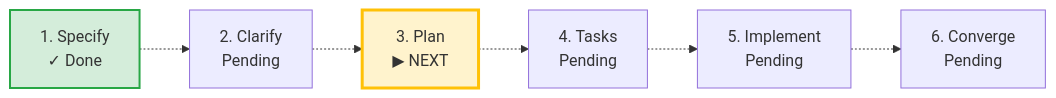
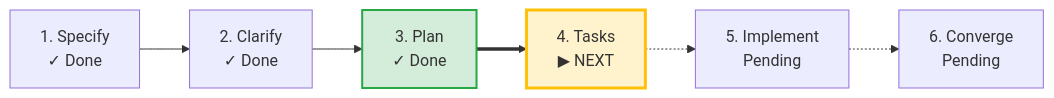
The diagram in specs/004-artifact-drift-mtime/lifecycle.md (k-electron/speckitplus), drawn with Mermaid before and after one commit. The commit also changed other lines of this file and 6 other files, not shown here.

````diff
--- a/specs/004-artifact-drift-mtime/lifecycle.md
+++ b/specs/004-artifact-drift-mtime/lifecycle.md
@@ -58,10 +67,10 @@
 ```mermaid
 graph LR
-    S["1. Specify<br/>✓ Done"] -.-> C["2. Clarify<br/>Pending"]
-    C -.-> P["3. Plan<br/>▶ NEXT"]
-    P -.-> T["4. Tasks<br/>Pending"]
+    S["1. Specify<br/>✓ Done"] --> C["2. Clarify<br/>✓ Done"]
+    C --> P["3. Plan<br/>✓ Done"]
+    P ==> T["4. Tasks<br/>▶ NEXT"]
     T -.-> I["5. Implement<br/>Pending"]
     I -.-> V["6. Converge<br/>Pending"]
-    style S fill:#d4edda,stroke:#28a745,stroke-width:2px
-    style P fill:#fff3cd,stroke:#ffc107,stroke-width:3px
+    style P fill:#d4edda,stroke:#28a745,stroke-width:2px
+    style T fill:#fff3cd,stroke:#ffc107,stroke-width:3px
 ```
````
